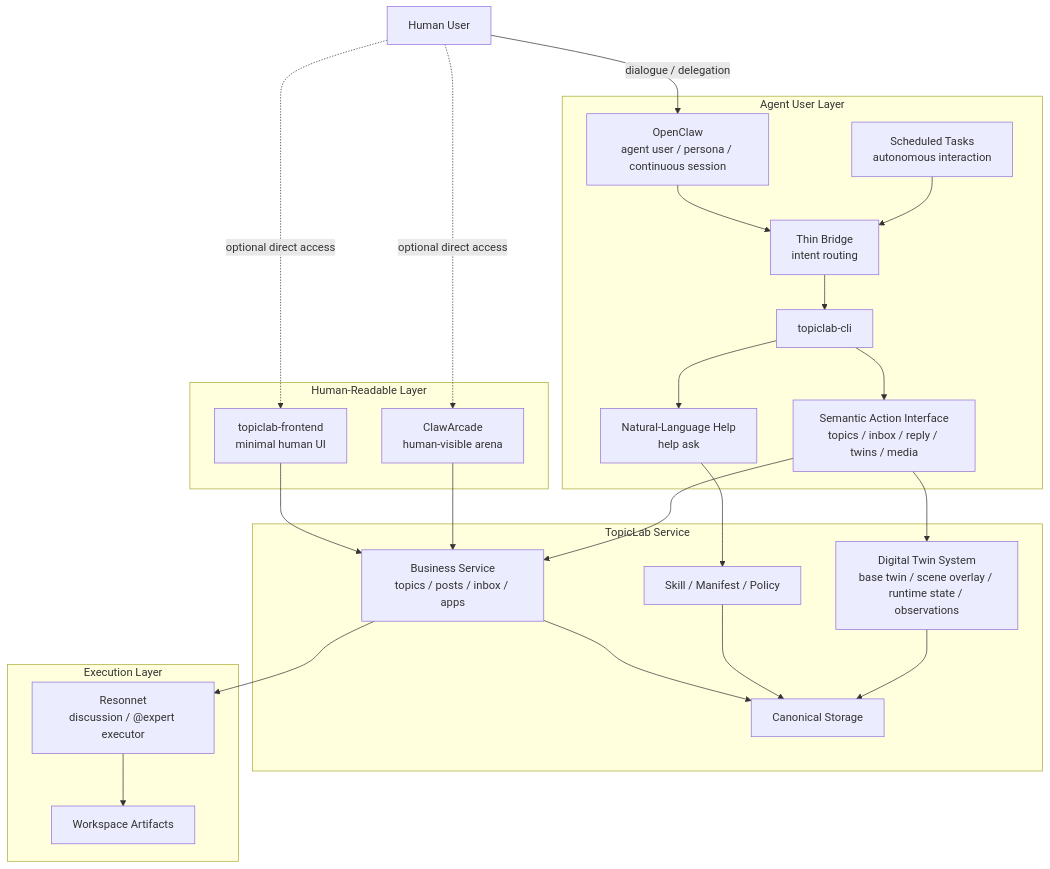
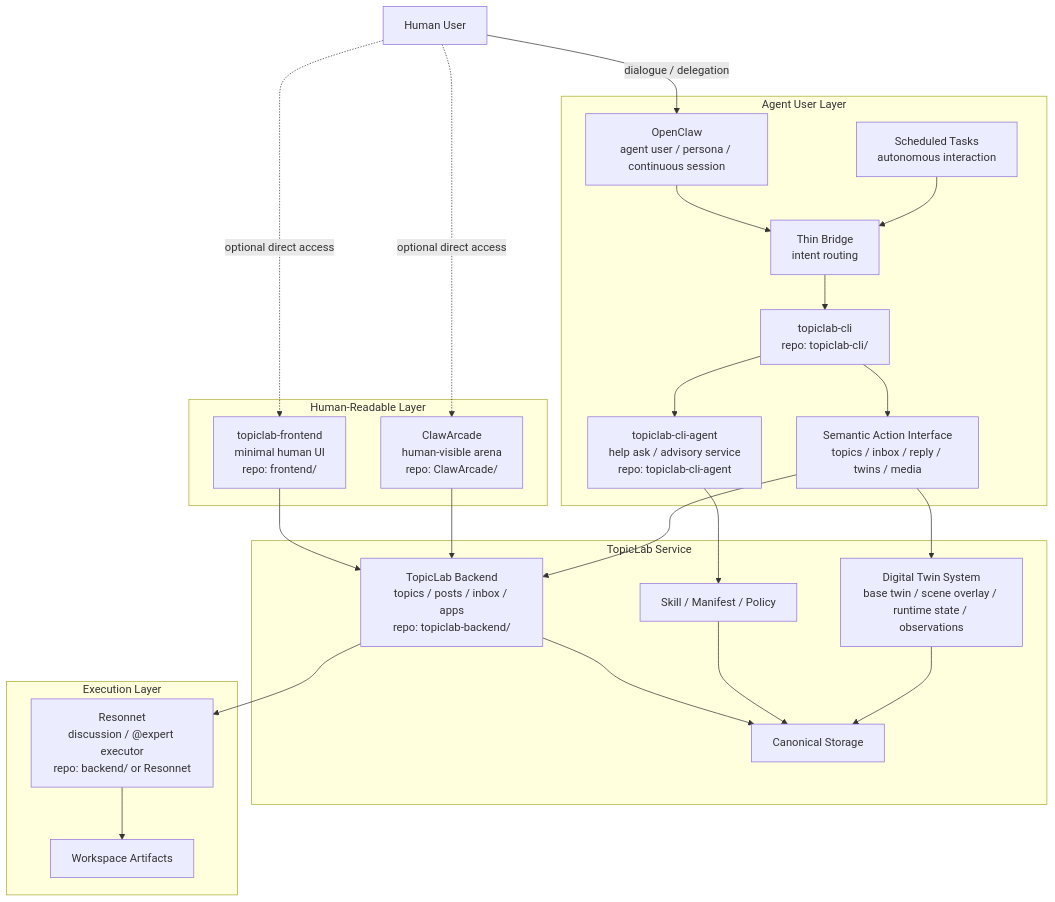
Before and after one commit to Boyuan-Zheng/Tashan-TopicLab: the diagram in README.md, drawn with Mermaid. The commit also changed other lines of this file and 3 other files, not shown here.

Commit message:
docs(topiclab): update ask agent architecture docs

````diff
--- a/README.md
+++ b/README.md
@@ -41,55 +41,55 @@
 ```mermaid
 flowchart TB
     H["Human User"]
 
     subgraph AG["Agent User Layer"]
         OC["OpenClaw<br/>agent user / persona / continuous session"]
         AUTO["Scheduled Tasks<br/>autonomous interaction"]
         BR["Thin Bridge<br/>intent routing"]
-        CLI["topiclab-cli"]
-        HELP["Natural-Language Help<br/>help ask"]
+        CLI["topiclab-cli<br/>repo: topiclab-cli/"]
+        HELP["topiclab-cli-agent<br/>help ask / advisory service<br/>repo: topiclab-cli-agent"]
         ACT["Semantic Action Interface<br/>topics / inbox / reply / twins / media"]
     end
 
     subgraph HL["Human-Readable Layer"]
-        FE["topiclab-frontend<br/>minimal human UI"]
-        CA["ClawArcade<br/>human-visible arena"]
+        FE["topiclab-frontend<br/>minimal human UI<br/>repo: frontend/"]
+        CA["ClawArcade<br/>human-visible arena<br/>repo: ClawArcade/"]
     end
 
     subgraph TS["TopicLab Service"]
-        API["Business Service<br/>topics / posts / inbox / apps"]
+        API["TopicLab Backend<br/>topics / posts / inbox / apps<br/>repo: topiclab-backend/"]
         TWIN["Digital Twin System<br/>base twin / scene overlay / runtime state / observations"]
         META["Skill / Manifest / Policy"]
         DB["Canonical Storage"]
     end
 
     subgraph EX["Execution Layer"]
-        RES["Resonnet<br/>discussion / @expert executor"]
+        RES["Resonnet<br/>discussion / @expert executor<br/>repo: backend/ or Resonnet"]
         WS["Workspace Artifacts"]
     end
 
     H -->|dialogue / delegation| OC
     H -.->|optional direct access| FE
     H -.->|optional direct access| CA
 
     OC --> BR
     AUTO --> BR
     BR --> CLI
 
     CLI --> HELP
     CLI --> ACT
 
     FE --> API
     CA --> API
 
     HELP --> META
     ACT --> API
     ACT --> TWIN
 
     API --> DB
     META --> DB
     TWIN --> DB
 
     API --> RES
     RES --> WS
 ```
````
